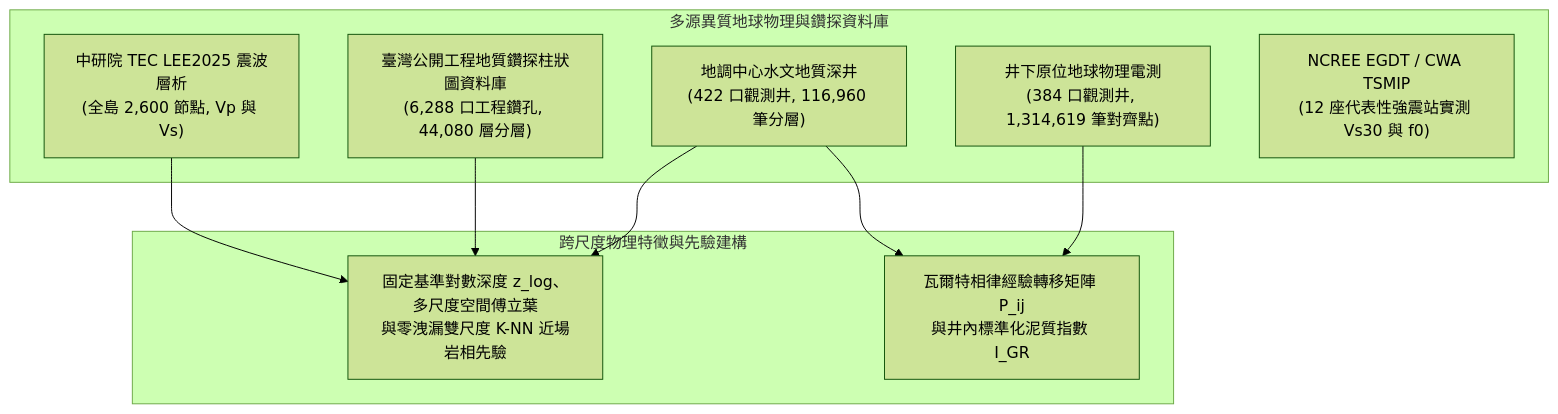
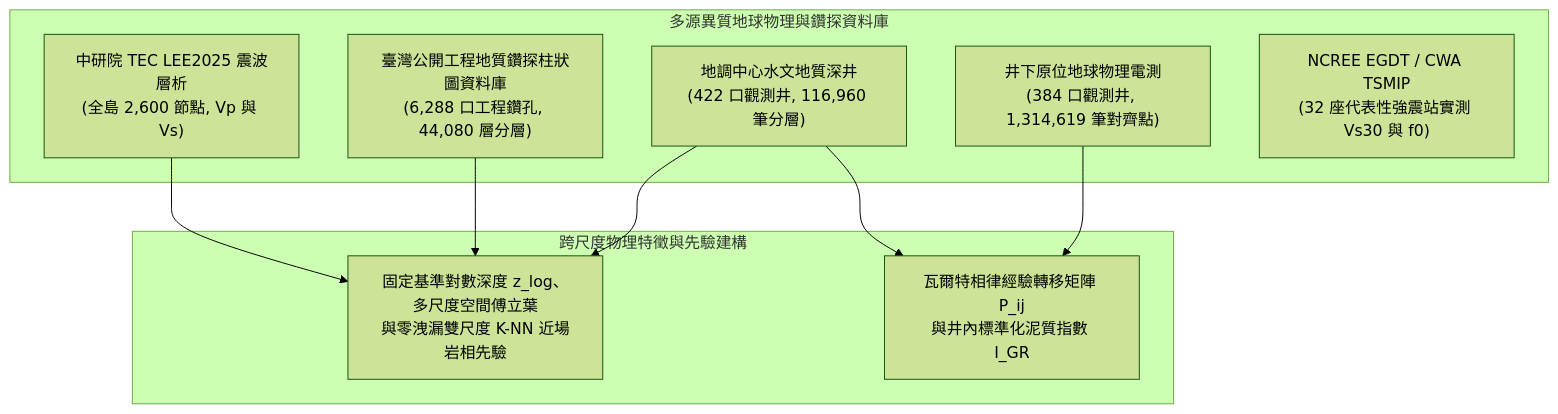
One commit to LittleCatAlex/TAGES-Evo changed the first of 2 diagrams in docs/國際科展作品說明書_最新進度版_EAEV.md. Above: the diagram before and after it, drawn with Mermaid (forest theme). The commit also changed other lines of this file and 15 other files, not shown here.

````diff
--- a/docs/國際科展作品說明書_最新進度版_EAEV.md
+++ b/docs/國際科展作品說明書_最新進度版_EAEV.md
@@ -109,21 +109,21 @@
 ```mermaid
 flowchart TD
     subgraph Data_Sources["多源異質地球物理與鑽探資料庫"]
         A["地調中心水文地質深井<br/>(422 口觀測井, 116,960 筆分層)"]
         A2["臺灣公開工程地質鑽探柱狀圖資料庫<br/>(6,288 口工程鑽孔, 44,080 層分層)"]
         B["井下原位地球物理電測<br/>(384 口觀測井, 1,314,619 筆對齊點)"]
         C["中研院 TEC LEE2025 震波層析<br/>(全島 2,600 節點, Vp 與 Vs)"]
-        D["NCREE EGDT / CWA TSMIP<br/>(12 座代表性強震站實測 Vs30 與 f0)"]
+        D["NCREE EGDT / CWA TSMIP<br/>(32 座代表性強震站實測 Vs30 與 f0)"]
     end
 
     subgraph Feature_Engineering["跨尺度物理特徵與先驗建構"]
         E["固定基準對數深度 z_log、多尺度空間傅立葉<br/>與零洩漏雙尺度 K-NN 近場岩相先驗"]
         F["瓦爾特相律經驗轉移矩陣 P_ij<br/>與井內標準化泥質指數 I_GR"]
     end
 
     A --> E
     A2 --> E
     B --> F
     C --> E
     A --> F
 ```
````
